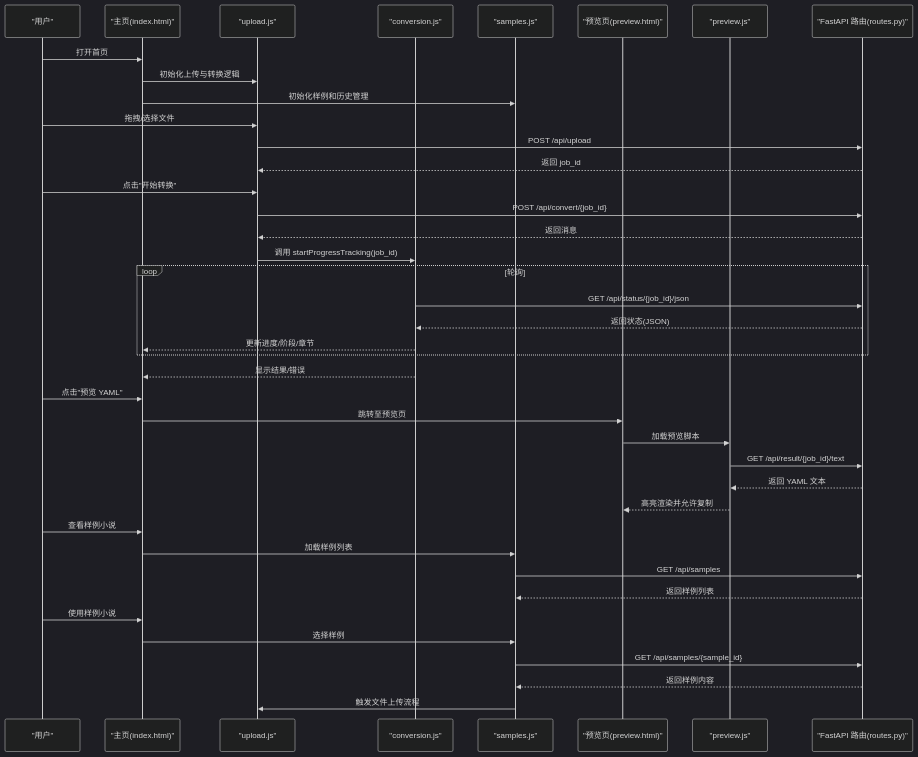
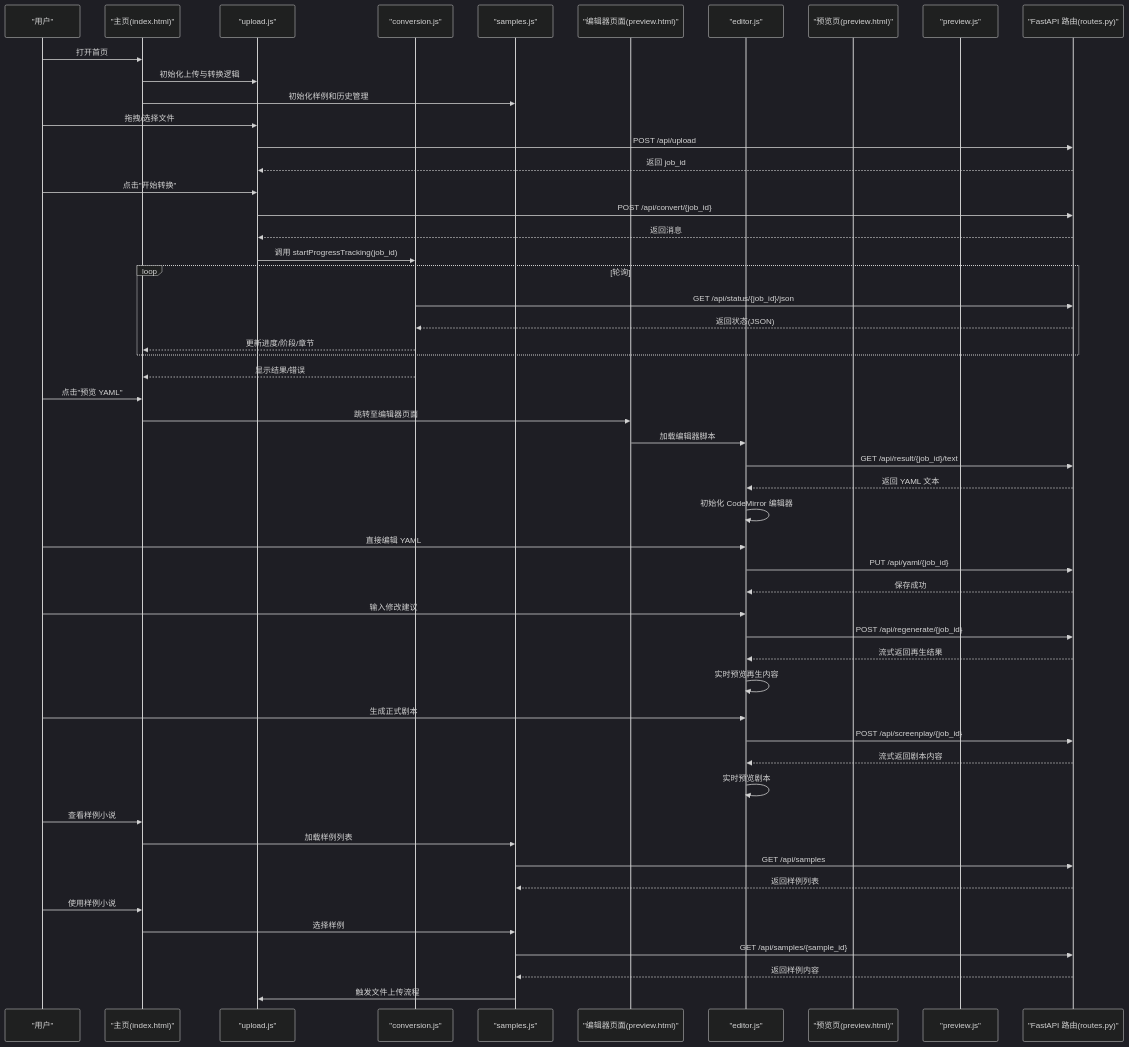
One commit to tjujingzong/Novel-to-Screenplay changed the second of 10 diagrams in .qoder/repowiki/zh/content/前端界面/前端界面.md. Above: the diagram before and after it, drawn with Mermaid (dark theme). The commit also changed other lines of this file and 21 other files, not shown here.

````diff
--- a/.qoder/repowiki/zh/content/前端界面/前端界面.md
+++ b/.qoder/repowiki/zh/content/前端界面/前端界面.md
@@ -145,42 +160,55 @@
 ```mermaid
 sequenceDiagram
 participant U as "用户"
 participant UI as "主页(index.html)"
 participant JSU as "upload.js"
 participant JSC as "conversion.js"
 participant JSS as "samples.js"
+participant EP as "编辑器页面(preview.html)"
+participant JSE as "editor.js"
 participant P as "预览页(preview.html)"
 participant PSP as "preview.js"
 participant API as "FastAPI 路由(routes.py)"
 U->>UI : 打开首页
 UI->>JSU : 初始化上传与转换逻辑
 UI->>JSS : 初始化样例和历史管理
 U->>JSU : 拖拽/选择文件
 JSU->>API : POST /api/upload
 API-->>JSU : 返回 job_id
 U->>JSU : 点击"开始转换"
 JSU->>API : POST /api/convert/{job_id}
 API-->>JSU : 返回消息
 JSU->>JSC : 调用 startProgressTracking(job_id)
 loop 轮询
 JSC->>API : GET /api/status/{job_id}/json
 API-->>JSC : 返回状态(JSON)
 JSC-->>UI : 更新进度/阶段/章节
 end
 JSC-->>UI : 显示结果/错误
 U->>UI : 点击"预览 YAML"
-UI->>P : 跳转至预览页
-P->>PSP : 加载预览脚本
-PSP->>API : GET /api/result/{job_id}/text
-API-->>PSP : 返回 YAML 文本
-PSP-->>P : 高亮渲染并允许复制
+UI->>EP : 跳转至编辑器页面
+EP->>JSE : 加载编辑器脚本
+JSE->>API : GET /api/result/{job_id}/text
+API-->>JSE : 返回 YAML 文本
+JSE->>JSE : 初始化 CodeMirror 编辑器
+U->>JSE : 直接编辑 YAML
+JSE->>API : PUT /api/yaml/{job_id}
+API-->>JSE : 保存成功
+U->>JSE : 输入修改建议
+JSE->>API : POST /api/regenerate/{job_id}
+API-->>JSE : 流式返回再生结果
+JSE->>JSE : 实时预览再生内容
+U->>JSE : 生成正式剧本
+JSE->>API : POST /api/screenplay/{job_id}
+API-->>JSE : 流式返回剧本内容
+JSE->>JSE : 实时预览剧本
 U->>UI : 查看样例小说
 UI->>JSS : 加载样例列表
 JSS->>API : GET /api/samples
 API-->>JSS : 返回样例列表
 U->>UI : 使用样例小说
 UI->>JSS : 选择样例
 JSS->>API : GET /api/samples/{sample_id}
 API-->>JSS : 返回样例内容
 JSS->>JSU : 触发文件上传流程
 ```
````
